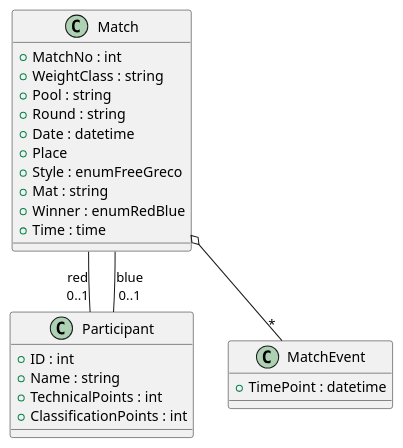
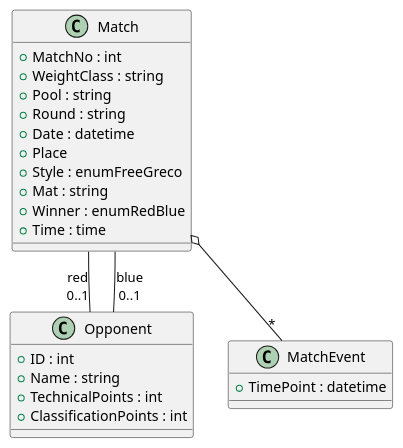
One commit to 8biz/codespaces-flask changed the diagram in doc/arc/champ-classes.plantuml. Above: the diagram before and after it, drawn with PlantUML.

Commit message:
Made some changes to champ-classes diagram

```diff
--- a/doc/arc/champ-classes.plantuml
+++ b/doc/arc/champ-classes.plantuml
@@ -1,34 +1,34 @@
 @startuml
 
 
 class Match {
     + MatchNo : int
     + WeightClass : string
     + Pool : string
     + Round : string
     + Date : datetime
     + Place
     + Style : enumFreeGreco
     + Mat : string
     + Winner : enumRedBlue
     + Time : time
 }
 
-class Participant {
+class Opponent{
     + ID : int
     + Name : string
     + TechnicalPoints : int
     + ClassificationPoints : int
 }
 
 class MatchEvent {
     + TimePoint : datetime
 }
 
-Match -- "red\n0..1" Participant
-Match -- "blue\n0..1" Participant
+Match -- "red\n0..1" Opponent
+Match -- "blue\n0..1" Opponent
 Match o-- "*" MatchEvent
 
 
 
 @enduml
```
